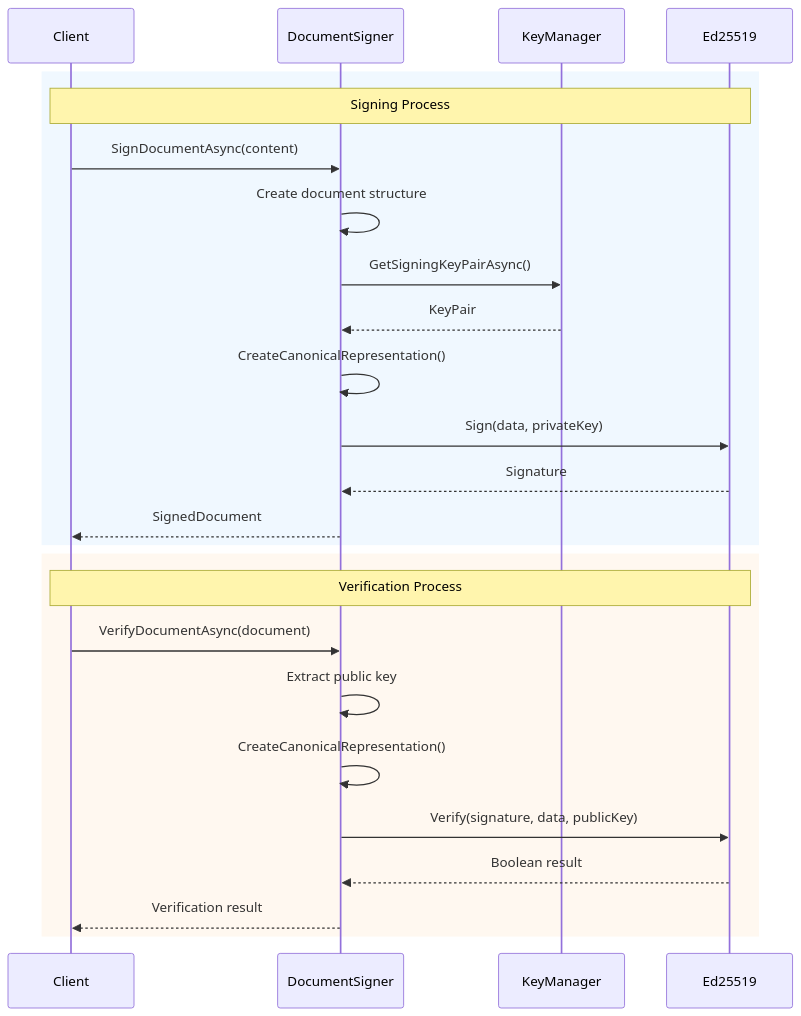
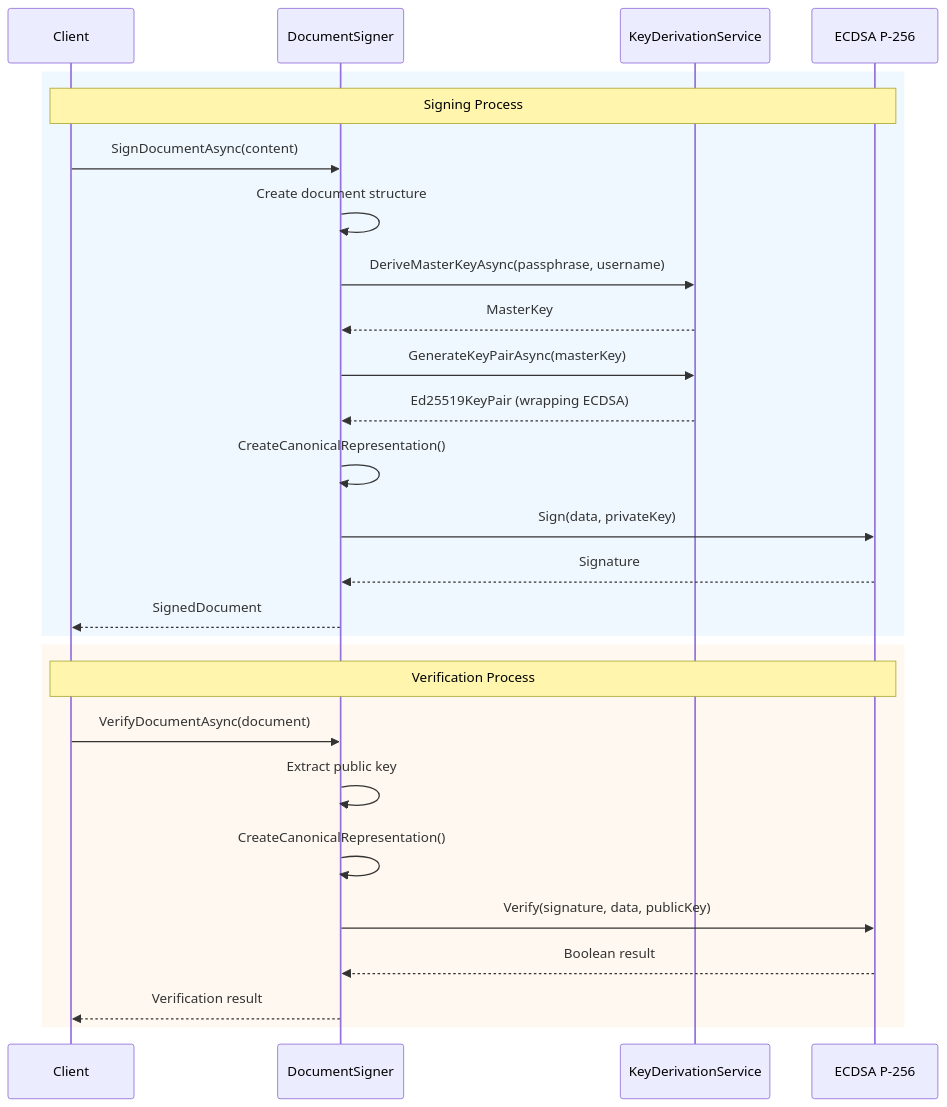
One commit to o2alexanderfedin/Nolock.social.frontends changed diagram 14 of 24 in docs/architecture/features/document-scanner/ocr-scanner-architecture.md. Above: the diagram before and after it, drawn with Mermaid. The commit also changed other lines of this file, not shown here.

First line of the commit message:
docs(architecture): improve OCR scanner architecture with async patterns

````diff
--- a/docs/architecture/features/document-scanner/ocr-scanner-architecture.md
+++ b/docs/architecture/features/document-scanner/ocr-scanner-architecture.md
@@ -742,29 +756,31 @@
 ```mermaid
 sequenceDiagram
     participant Client
     participant Signer as DocumentSigner
-    participant KeyMgr as KeyManager
-    participant Crypto as Ed25519
+    participant KeyDerive as KeyDerivationService
+    participant Crypto as ECDSA P-256
     
     rect rgb(240, 248, 255)
         Note over Client,Crypto: Signing Process
         Client->>Signer: SignDocumentAsync(content)
         Signer->>Signer: Create document structure
-        Signer->>KeyMgr: GetSigningKeyPairAsync()
-        KeyMgr-->>Signer: KeyPair
+        Signer->>KeyDerive: DeriveMasterKeyAsync(passphrase, username)
+        KeyDerive-->>Signer: MasterKey
+        Signer->>KeyDerive: GenerateKeyPairAsync(masterKey)
+        KeyDerive-->>Signer: Ed25519KeyPair (wrapping ECDSA)
         Signer->>Signer: CreateCanonicalRepresentation()
         Signer->>Crypto: Sign(data, privateKey)
         Crypto-->>Signer: Signature
         Signer-->>Client: SignedDocument
     end
     
     rect rgb(255, 248, 240)
         Note over Client,Crypto: Verification Process
         Client->>Signer: VerifyDocumentAsync(document)
         Signer->>Signer: Extract public key
         Signer->>Signer: CreateCanonicalRepresentation()
         Signer->>Crypto: Verify(signature, data, publicKey)
         Crypto-->>Signer: Boolean result
         Signer-->>Client: Verification result
     end
 ```
````
